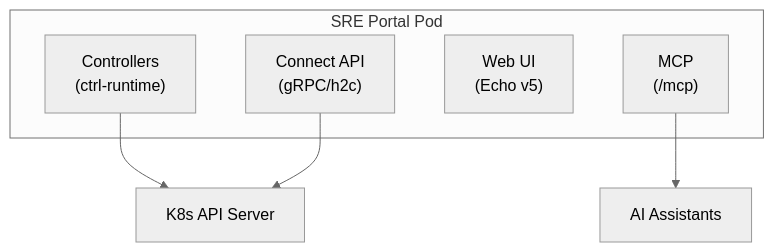
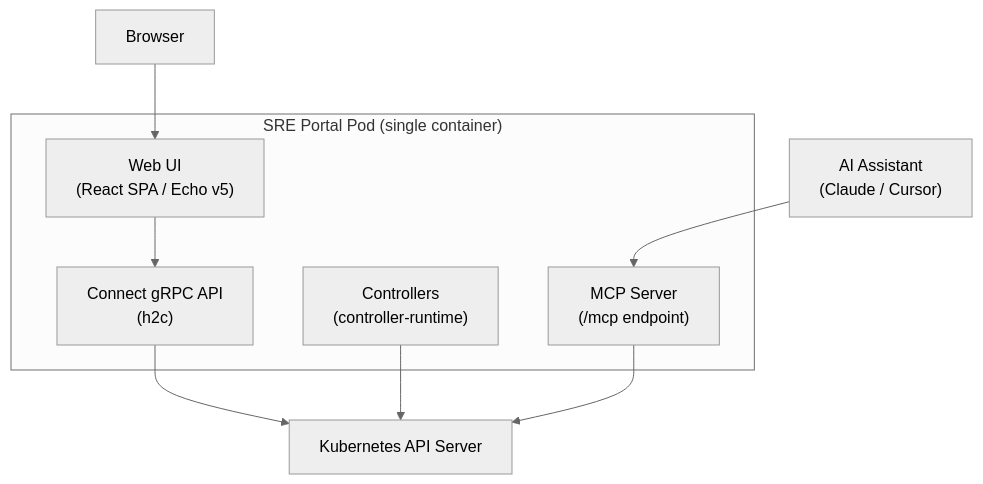
One commit to golgoth31/sreportal changed the first of 3 diagrams in docs/content/docs/architecture.md. Above: the diagram before and after it, drawn with Mermaid (neutral theme).

Commit message:
docs: update architecture schema

````diff
--- a/docs/content/docs/architecture.md
+++ b/docs/content/docs/architecture.md
@@ -10,13 +10,17 @@
 ```mermaid
 graph TB
-    subgraph Pod["SRE Portal Pod"]
-        Controllers["Controllers\n(ctrl-runtime)"]
-        API["Connect API\n(gRPC/h2c)"]
-        WebUI["Web UI\n(Echo v5)"]
-        MCP["MCP\n(/mcp)"]
+    Browser["Browser"] --> WebUI
+    AIAssistant["AI Assistant\n(Claude / Cursor)"] --> MCP
+
+    subgraph Pod["SRE Portal Pod (single container)"]
+        Controllers["Controllers\n(controller-runtime)"]
+        API["Connect gRPC API\n(h2c)"]
+        WebUI["Web UI\n(React SPA / Echo v5)"]
+        MCP["MCP Server\n(/mcp endpoint)"]
     end
 
-    Controllers --> K8s["K8s API Server"]
-    API --> K8s
-    MCP --> AI["AI Assistants"]
+    WebUI --> API
+    API --> K8s["Kubernetes API Server"]
+    Controllers --> K8s
+    MCP --> K8s
 ```
````
